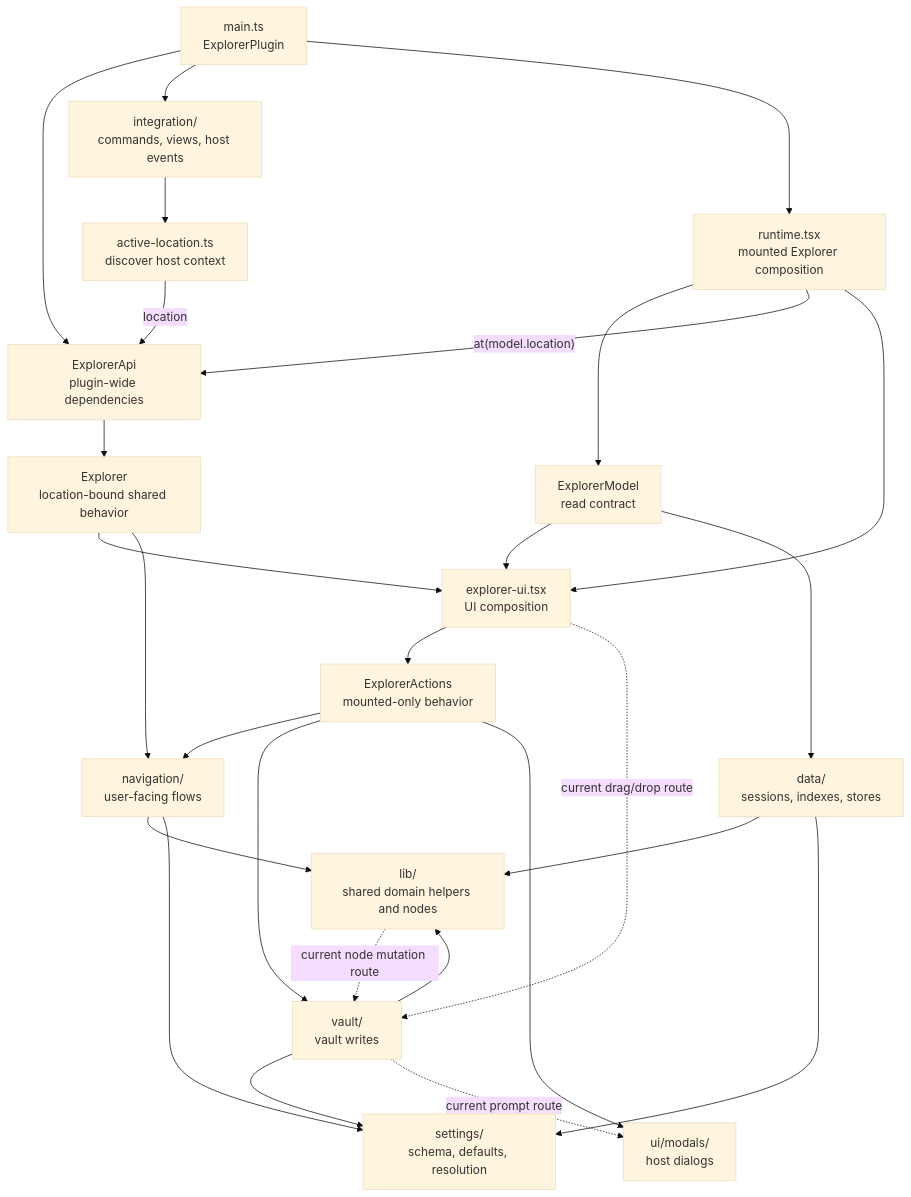
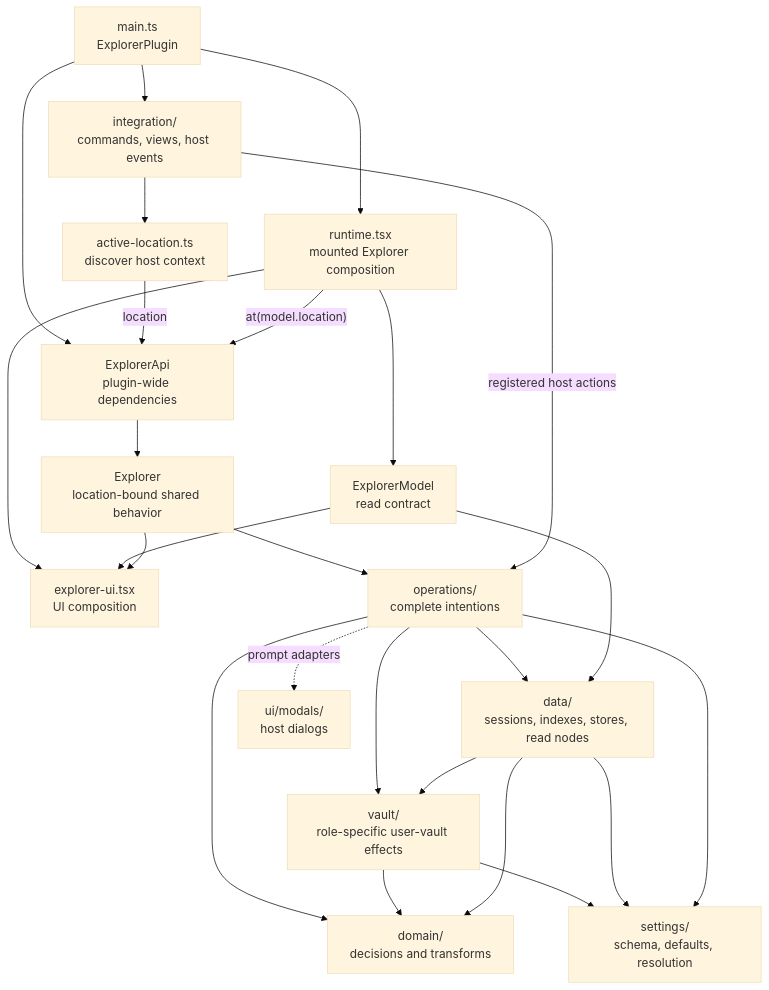
Before and after one commit to manemajef/obsidian-explorer: the diagram in ARCHITECTURE.md, drawn with Mermaid (base theme). The commit also changed other lines of this file and 98 other files, not shown here.

First line of the commit message:
refactor: establish explorer behavior and vault boundaries

````diff
--- a/ARCHITECTURE.md
+++ b/ARCHITECTURE.md
@@ -32,45 +33,42 @@
 ```mermaid
 flowchart TD
   Plugin["main.ts<br/>ExplorerPlugin"]
   Api["ExplorerApi<br/>plugin-wide dependencies"]
   Integration["integration/<br/>commands, views, host events"]
   ActiveLocation["active-location.ts<br/>discover host context"]
   Runtime["runtime.tsx<br/>mounted Explorer composition"]
   Model["ExplorerModel<br/>read contract"]
   Bound["Explorer<br/>location-bound shared behavior"]
   UI["explorer-ui.tsx<br/>UI composition"]
-  Actions["ExplorerActions<br/>mounted-only behavior"]
-  Navigation["navigation/<br/>user-facing flows"]
-  Vault["vault/<br/>vault writes"]
-  Data["data/<br/>sessions, indexes, stores"]
-  Lib["lib/<br/>shared domain helpers and nodes"]
+  Operations["operations/<br/>complete intentions"]
+  Domain["domain/<br/>decisions and transforms"]
+  Vault["vault/<br/>role-specific user-vault effects"]
+  Data["data/<br/>sessions, indexes, stores, read nodes"]
   Settings["settings/<br/>schema, defaults, resolution"]
   Modals["ui/modals/<br/>host dialogs"]
 
   Plugin --> Api
   Plugin --> Integration
   Plugin --> Runtime
   Integration --> ActiveLocation
   ActiveLocation -->|"location"| Api
   Runtime --> Model
   Runtime -->|"at(model.location)"| Api
   Api --> Bound
   Runtime --> UI
   Model --> UI
   Bound --> UI
-  UI --> Actions
-  Bound --> Navigation
-  Actions --> Navigation
-  Actions --> Vault
-  Actions --> Modals
+  Bound --> Operations
+  Operations --> Domain
+  Operations --> Vault
+  Operations --> Data
   Model --> Data
-  Navigation --> Lib
-  Navigation --> Settings
-  Vault --> Lib
+  Integration -->|"registered host actions"| Operations
+  Vault --> Domain
   Vault --> Settings
-  Data --> Lib
+  Data --> Domain
+  Data --> Vault
   Data --> Settings
-  Lib -. "current node mutation route" .-> Vault
-  Vault -. "current prompt route" .-> Modals
-  UI -. "current drag/drop route" .-> Vault
+  Operations --> Settings
+  Operations -. "prompt adapters" .-> Modals
 ```
````
